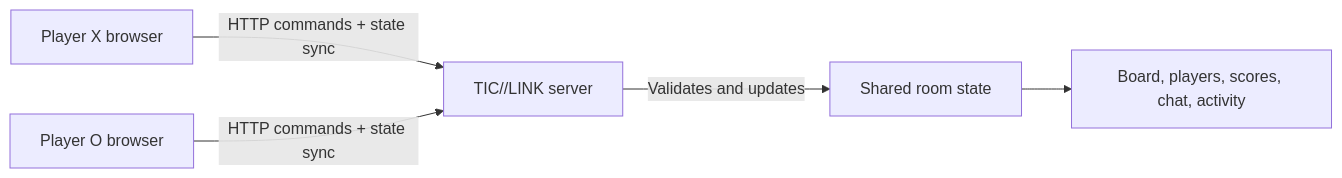
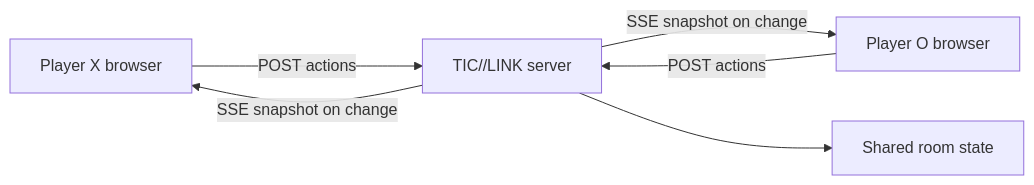
Before and after one commit to go-johnnyhe/Crosslink: the diagram in README.md, drawn with Mermaid. The commit also changed other lines of this file and 14 other files, not shown here.

````diff
--- a/README.md
+++ b/README.md
@@ -28,7 +29,8 @@
 ```mermaid
 flowchart LR
-    A["Player X browser"] -->|"HTTP commands + state sync"| C["TIC//LINK server"]
-    B["Player O browser"] -->|"HTTP commands + state sync"| C
-    C -->|"Validates and updates"| D["Shared room state"]
-    D --> E["Board, players, scores, chat, activity"]
+    A["Player X browser"] -->|"POST actions"| C["TIC//LINK server"]
+    B["Player O browser"] -->|"POST actions"| C
+    C -->|"SSE snapshot on change"| A
+    C -->|"SSE snapshot on change"| B
+    C --> D["Shared room state"]
 ```
````
